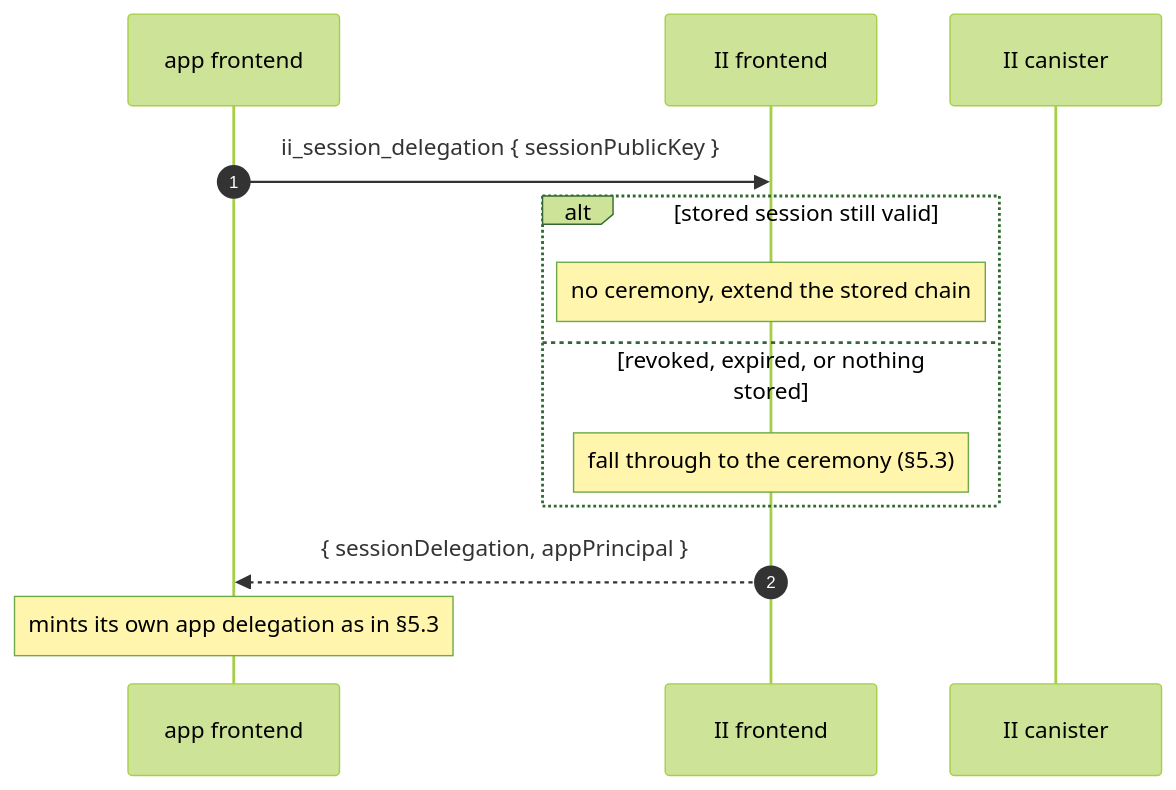
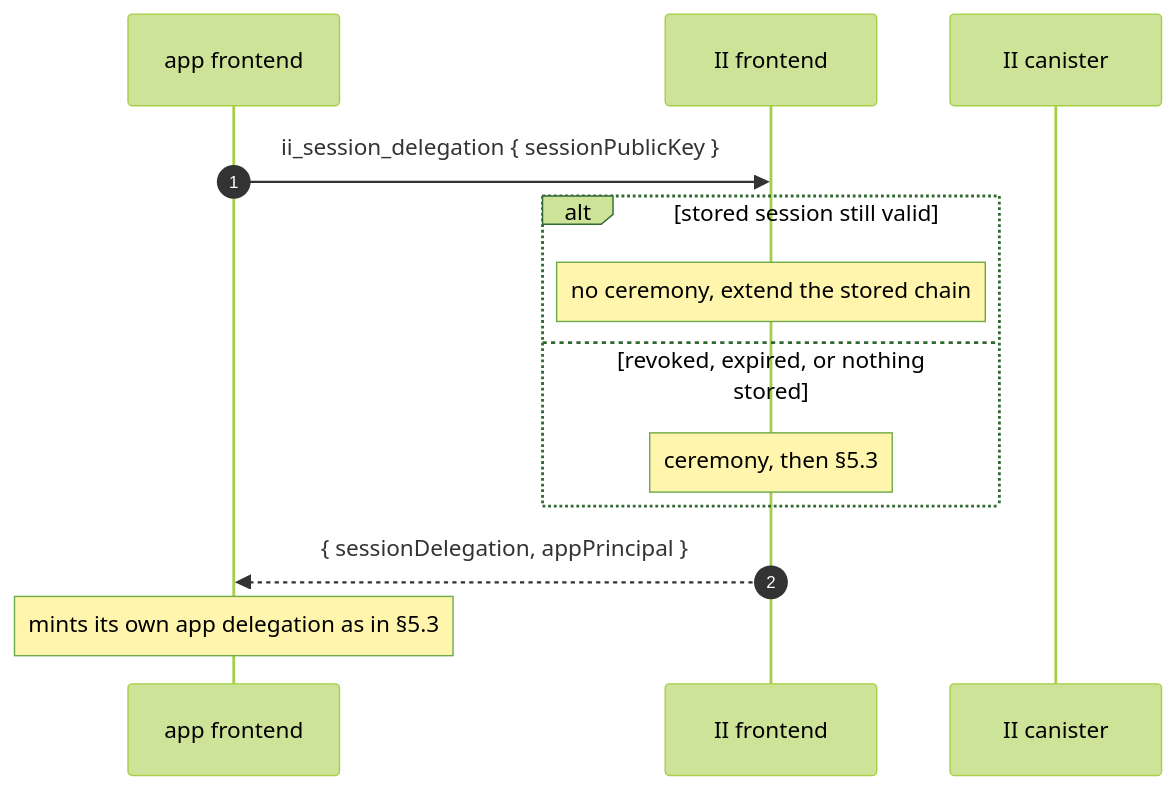
Before and after one commit to dfinity/internet-identity: the fourth of 7 diagrams in docs/ongoing/revocable-app-sessions.md, drawn with Mermaid (forest theme). The commit also changed other lines of this file, not shown here.

````diff
--- a/docs/ongoing/revocable-app-sessions.md
+++ b/docs/ongoing/revocable-app-sessions.md
@@ -254,15 +230,15 @@
 ```mermaid
 sequenceDiagram
     autonumber
     participant App as app frontend
     participant IIF as II frontend
     participant IIC as II canister
     App->>IIF: ii_session_delegation { sessionPublicKey }
     alt stored session still valid
         Note over IIF: no ceremony, extend the stored chain
     else revoked, expired, or nothing stored
-        Note over IIF: fall through to the ceremony (§5.3)
+        Note over IIF: ceremony, then §5.3
     end
     IIF-->>App: { sessionDelegation, appPrincipal }
     Note over App: mints its own app delegation as in §5.3
 ```
````
